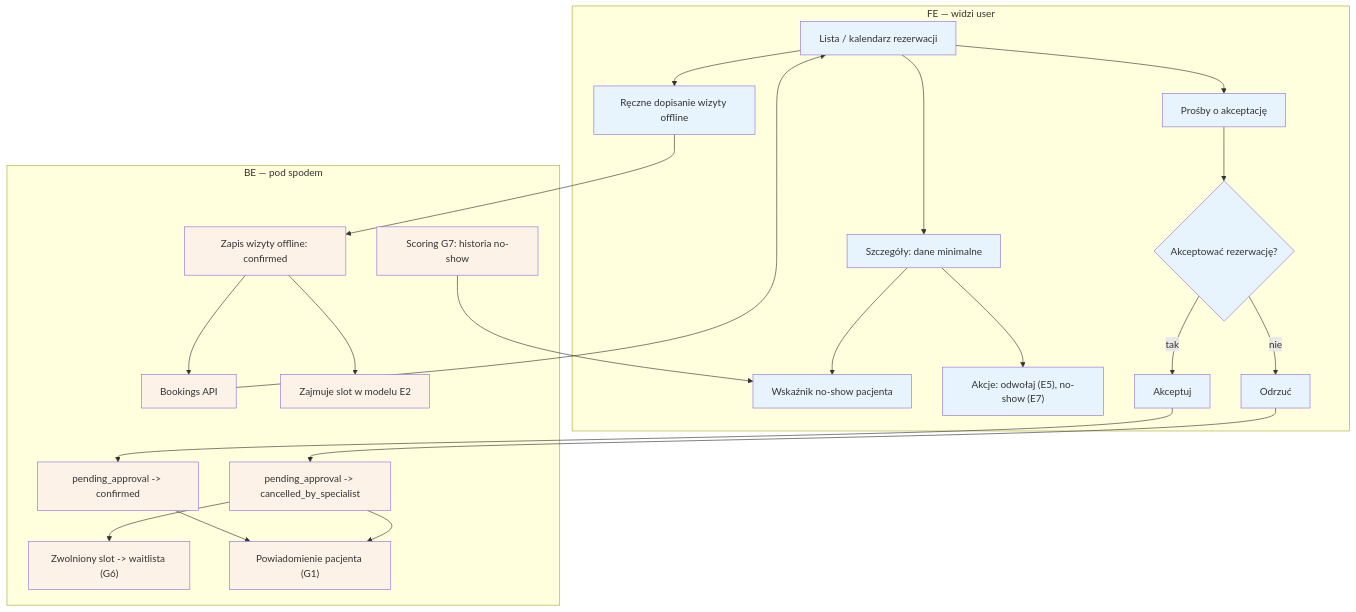
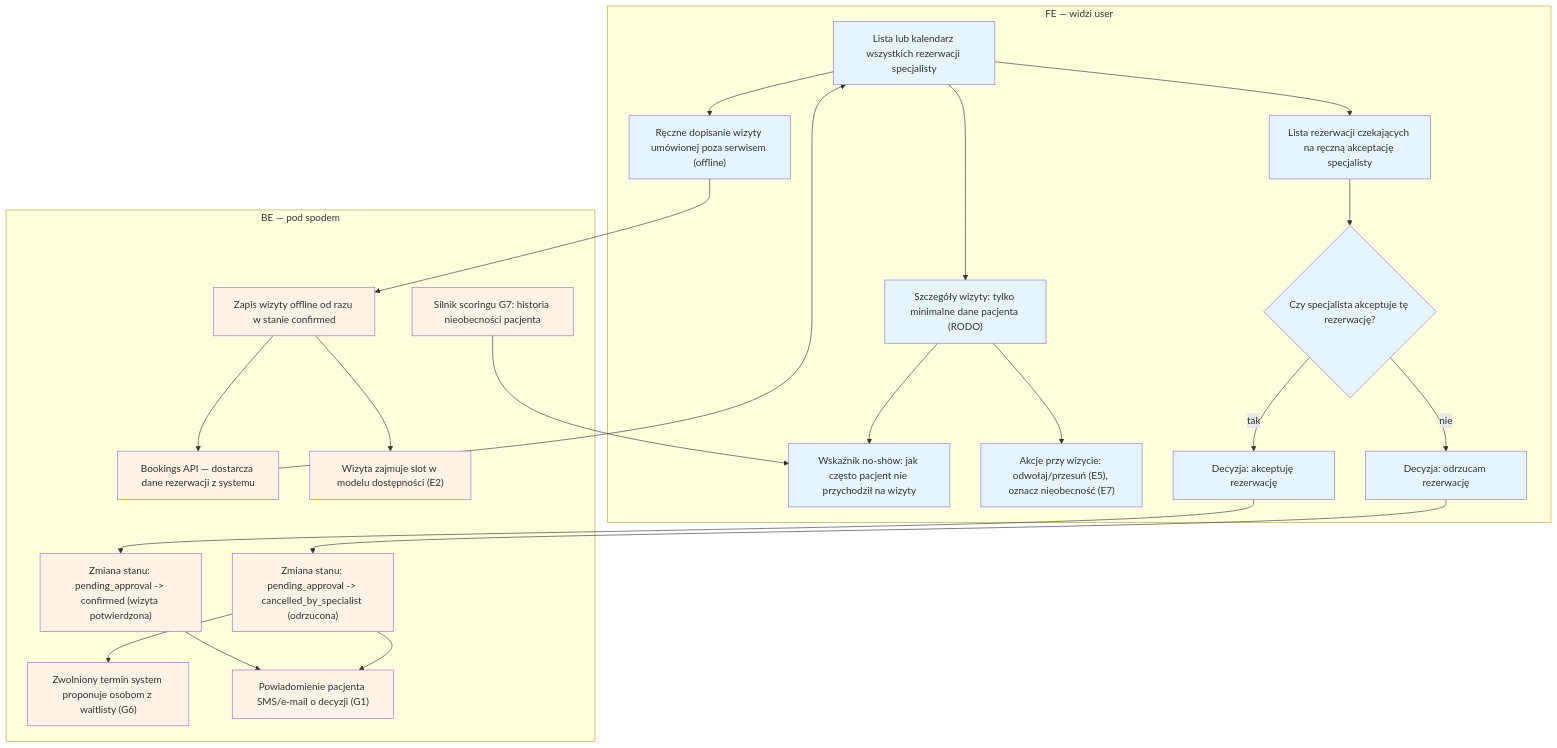
One commit to QooperBoy/medivo_portal changed the diagram in diagrams/e-panel/e4-rezerwacje.md. Above: the diagram before and after it, drawn with Mermaid. The commit also changed other lines of this file and 47 other files, not shown here.

First line of the commit message:
czytelnosc: pelne etykiety + sekcje Aktorzy i Objasnienie blokow (23 diagramy)

````diff
--- a/diagrams/e-panel/e4-rezerwacje.md
+++ b/diagrams/e-panel/e4-rezerwacje.md
@@ -3,44 +3,44 @@
 ```mermaid
 flowchart TD
     subgraph FE["FE — widzi user"]
-        WIDOK["Lista / kalendarz rezerwacji"]
-        SZCZ["Szczegóły: dane minimalne"]
-        WSK["Wskaźnik no-show pacjenta"]
-        AKCJE["Akcje: odwołaj (E5), no-show (E7)"]
-        PENDLIST["Prośby o akceptację"]
-        DEC{"Akceptować rezerwację?"}
-        AKC["Akceptuj"]
-        ODRZ["Odrzuć"]
-        RECZNE["Ręczne dopisanie wizyty offline"]
+        WIDOK["Lista lub kalendarz wszystkich rezerwacji specjalisty"]
+        SZCZ["Szczegóły wizyty: tylko minimalne dane pacjenta (RODO)"]
+        WSK["Wskaźnik no-show: jak często pacjent nie przychodził na wizyty"]
+        AKCJE["Akcje przy wizycie: odwołaj/przesuń (E5), oznacz nieobecność (E7)"]
+        PENDLIST["Lista rezerwacji czekających na ręczną akceptację specjalisty"]
+        DEC{"Czy specjalista akceptuje tę rezerwację?"}
+        AKC["Decyzja: akceptuję rezerwację"]
+        ODRZ["Decyzja: odrzucam rezerwację"]
+        RECZNE["Ręczne dopisanie wizyty umówionej poza serwisem (offline)"]
     end
 
     subgraph BE["BE — pod spodem"]
-        BOOKAPI["Bookings API"]
-        G7S["Scoring G7: historia no-show"]
-        ST1["pending_approval -> confirmed"]
-        ST2["pending_approval -> cancelled_by_specialist"]
-        WAIT["Zwolniony slot -> waitlista (G6)"]
-        OFF["Zapis wizyty offline: confirmed"]
-        E2M["Zajmuje slot w modelu E2"]
-        POW["Powiadomienie pacjenta (G1)"]
+        BOOKAPI["Bookings API — dostarcza dane rezerwacji z systemu"]
+        G7S["Silnik scoringu G7: historia nieobecności pacjenta"]
+        ST1["Zmiana stanu: pending_approval -> confirmed (wizyta potwierdzona)"]
+        ST2["Zmiana stanu: pending_approval -> cancelled_by_specialist (odrzucona)"]
+        WAIT["Zwolniony termin system proponuje osobom z waitlisty (G6)"]
+        OFF["Zapis wizyty offline od razu w stanie confirmed"]
+        E2M["Wizyta zajmuje slot w modelu dostępności (E2)"]
+        POW["Powiadomienie pacjenta SMS/e-mail o decyzji (G1)"]
     end
 
     BOOKAPI --> WIDOK
     WIDOK --> SZCZ
     G7S --> WSK
     SZCZ --> WSK
     SZCZ --> AKCJE
     WIDOK --> PENDLIST
     PENDLIST --> DEC
     DEC -->|tak| AKC --> ST1 --> POW
     DEC -->|nie| ODRZ --> ST2 --> WAIT
     ST2 --> POW
     WIDOK --> RECZNE --> OFF
     OFF --> E2M
     OFF --> BOOKAPI
 
     classDef fe fill:#e8f4fd
     classDef be fill:#fdf2e8
     class WIDOK,SZCZ,WSK,AKCJE,PENDLIST,DEC,AKC,ODRZ,RECZNE fe
     class BOOKAPI,G7S,ST1,ST2,WAIT,OFF,E2M,POW be
 ```
````
